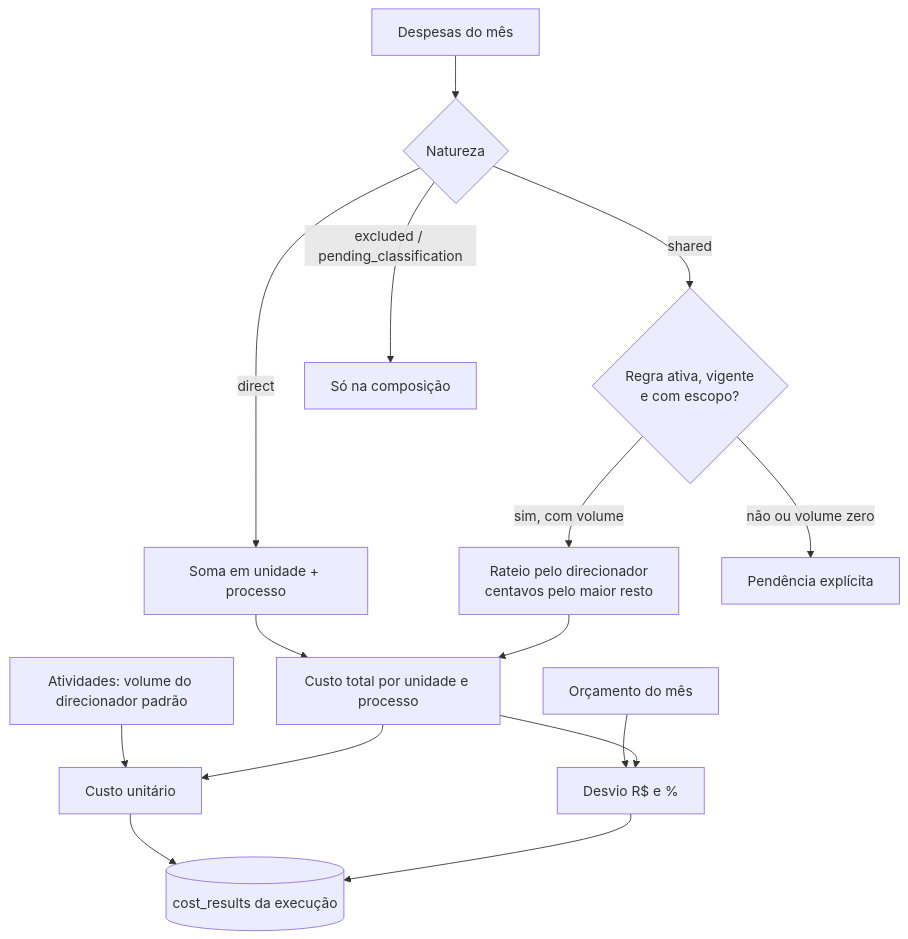
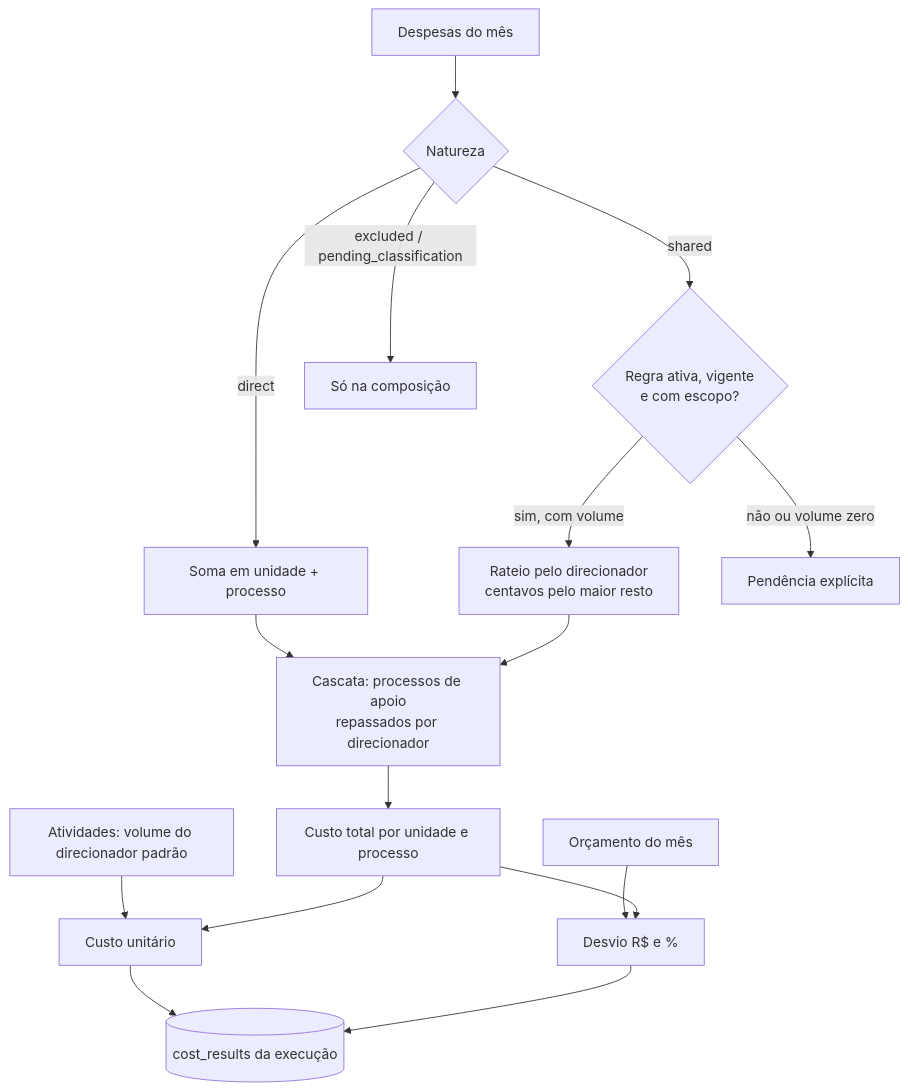
One commit to Everson93/app-logisitco- changed the third of 4 diagrams in docs/arquitetura.md. Above: the diagram before and after it, drawn with Mermaid. The commit also changed 30 other files, not shown here.

First line of the commit message:
Rateio em cascata (step-down) a partir de processos de apoio

````diff
--- a/docs/arquitetura.md
+++ b/docs/arquitetura.md
@@ -69,15 +69,16 @@
 ```mermaid
 flowchart TD
     E[Despesas do mês] --> N{Natureza}
     N -->|direct| D[Soma em unidade + processo]
     N -->|shared| R{Regra ativa, vigente<br/>e com escopo?}
     R -->|sim, com volume| A[Rateio pelo direcionador<br/>centavos pelo maior resto]
     R -->|não ou volume zero| P[Pendência explícita]
     N -->|excluded / pending_classification| X[Só na composição]
-    D & A --> C[Custo total por unidade e processo]
+    D & A --> K[Cascata: processos de apoio<br/>repassados por direcionador]
+    K --> C[Custo total por unidade e processo]
     V[Atividades: volume do direcionador padrão] --> UC[Custo unitário]
     C --> UC
     O[Orçamento do mês] --> DV[Desvio R$ e %]
     C --> DV
     UC & DV --> RES[(cost_results da execução)]
 ```
````
